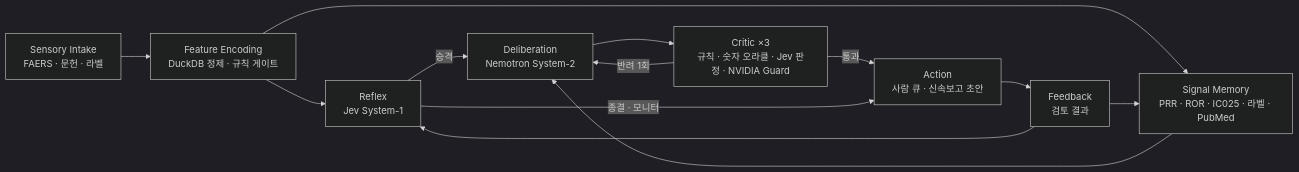
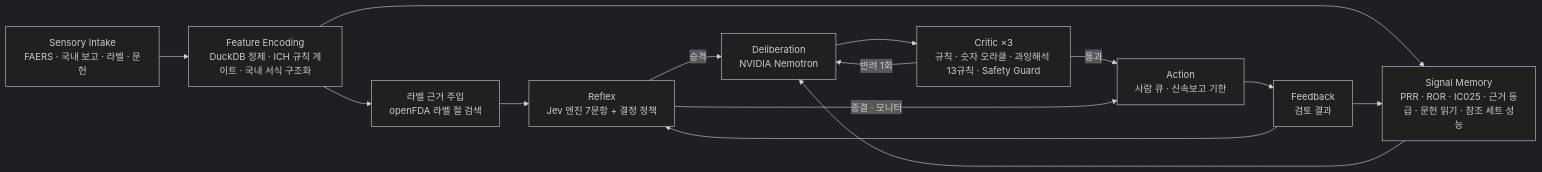
One commit to AwesomeZun/FlyVigilance changed the diagram in docs/ARCHITECTURE.md. Above: the diagram before and after it, drawn with Mermaid (dark theme). The commit also changed other lines of this file and 67 other files, not shown here.

````diff
--- a/docs/ARCHITECTURE.md
+++ b/docs/ARCHITECTURE.md
@@ -9,14 +13,15 @@
 ```mermaid
 flowchart LR
-  S[Sensory Intake<br/>FAERS · 문헌 · 라벨] --> E[Feature Encoding<br/>DuckDB 정제 · 규칙 게이트]
-  E --> R[Reflex<br/>Jev System-1]
-  E --> M[Signal Memory<br/>PRR · ROR · IC025 · 라벨 · PubMed]
-  R -->|승격| D[Deliberation<br/>Nemotron System-2]
+  S[Sensory Intake<br/>FAERS · 국내 보고 · 라벨 · 문헌] --> E[Feature Encoding<br/>DuckDB 정제 · ICH 규칙 게이트 · 국내 서식 구조화]
+  E --> G[라벨 근거 주입<br/>openFDA 라벨 절 검색]
+  G --> R[Reflex<br/>Jev 엔진 7문항 + 결정 정책]
+  E --> M[Signal Memory<br/>PRR · ROR · IC025 · 근거 등급 · 문헌 읽기 · 참조 세트 성능]
+  R -->|승격| D[Deliberation<br/>NVIDIA Nemotron]
   M --> D
-  D --> C[Critic ×3<br/>규칙 · 숫자 오라클 · Jev 판정 · NVIDIA Guard]
+  D --> C[Critic ×3<br/>규칙 · 숫자 오라클 · 과잉해석 13규칙 · Safety Guard]
   C -->|반려 1회| D
-  C -->|통과| A[Action<br/>사람 큐 · 신속보고 초안]
+  C -->|통과| A[Action<br/>사람 큐 · 신속보고 기한]
   R -->|종결 · 모니터| A
   A --> F[Feedback<br/>검토 결과] --> R
   F --> M
 ```
````
